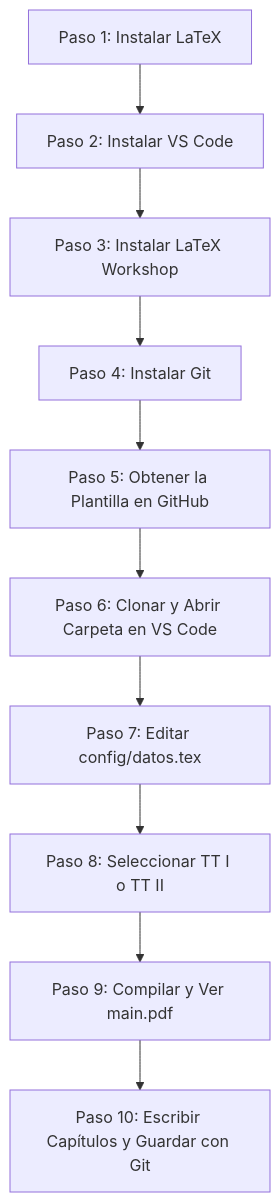
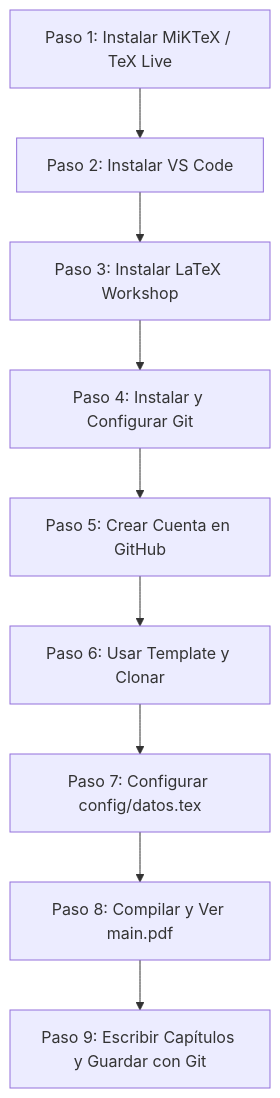
One commit to Br4ndon011/borrador-plantilla-trabajo-terminal-upiiz-ipn changed the diagram in docs/00-inicio-rapido.md. Above: the diagram before and after it, drawn with Mermaid. The commit also changed other lines of this file and 13 other files, not shown here.

````diff
--- a/docs/00-inicio-rapido.md
+++ b/docs/00-inicio-rapido.md
@@ -11,12 +21,11 @@
 ```mermaid
 flowchart TD
-    P1[Paso 1: Instalar LaTeX] --> P2[Paso 2: Instalar VS Code]
+    P1[Paso 1: Instalar MiKTeX / TeX Live] --> P2[Paso 2: Instalar VS Code]
     P2 --> P3[Paso 3: Instalar LaTeX Workshop]
-    P3 --> P4[Paso 4: Instalar Git]
-    P4 --> P5[Paso 5: Obtener la Plantilla en GitHub]
-    P5 --> P6[Paso 6: Clonar y Abrir Carpeta en VS Code]
-    P6 --> P7[Paso 7: Editar config/datos.tex]
-    P7 --> P8[Paso 8: Seleccionar TT I o TT II]
-    P8 --> P9[Paso 9: Compilar y Ver main.pdf]
-    P9 --> P10[Paso 10: Escribir Capítulos y Guardar con Git]
+    P3 --> P4[Paso 4: Instalar y Configurar Git]
+    P4 --> P5[Paso 5: Crear Cuenta en GitHub]
+    P5 --> P6[Paso 6: Usar Template y Clonar]
+    P6 --> P7[Paso 7: Configurar config/datos.tex]
+    P7 --> P8[Paso 8: Compilar y Ver main.pdf]
+    P8 --> P9[Paso 9: Escribir Capítulos y Guardar con Git]
 ```
````
